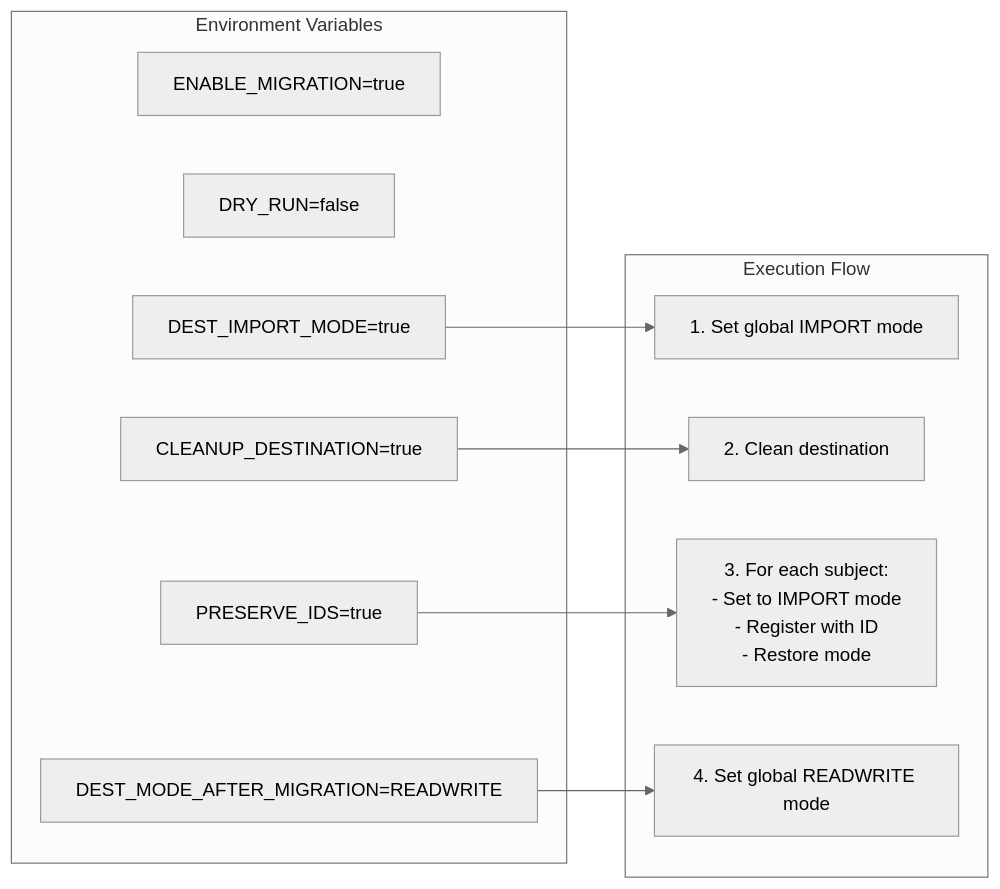
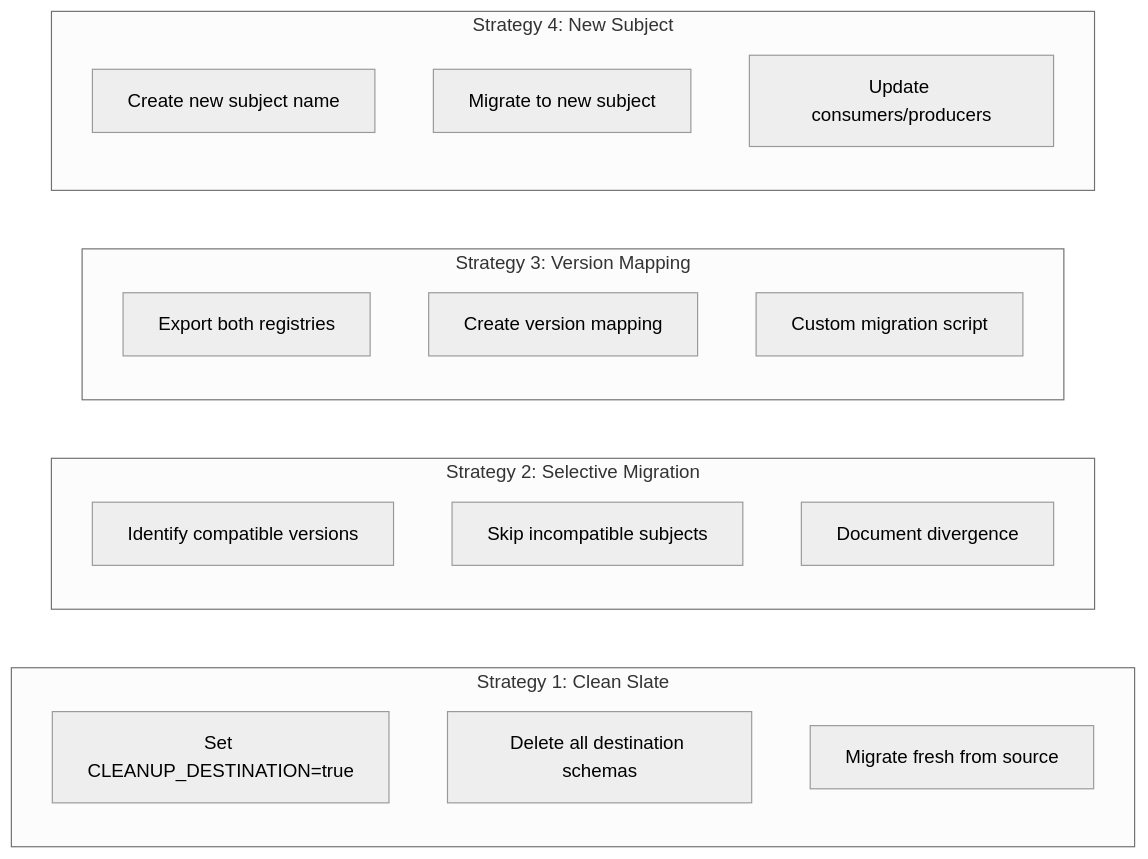
Diagram 13 of 14 in migration-flow.md (aywengo/kafka-schema-reg-migrator), drawn with Mermaid (neutral theme) before and after one commit. The commit also changed other lines of this file, not shown here.

First line of the commit message:
Revise migration flow documentation to enhance clarity and detail

````diff
--- a/migration-flow.md
+++ b/migration-flow.md
@@ -213,23 +516,26 @@
 ```mermaid
-flowchart LR
-    subgraph "Environment Variables"
-        ENV1[ENABLE_MIGRATION=true]
-        ENV2[DRY_RUN=false]
-        ENV3[DEST_IMPORT_MODE=true]
-        ENV4[PRESERVE_IDS=true]
-        ENV5[CLEANUP_DESTINATION=true]
-        ENV6[DEST_MODE_AFTER_MIGRATION=READWRITE]
+graph LR
+    subgraph "Strategy 1: Clean Slate"
+        C1[Set CLEANUP_DESTINATION=true]
+        C2[Delete all destination schemas]
+        C3[Migrate fresh from source]
     end
     
-    subgraph "Execution Flow"
-        S1[1. Set global IMPORT mode]
-        S2[2. Clean destination]
-        S3[3. For each subject:<br/>- Set to IMPORT mode<br/>- Register with ID<br/>- Restore mode]
-        S4[4. Set global READWRITE mode]
+    subgraph "Strategy 2: Selective Migration"
+        S1[Identify compatible versions]
+        S2[Skip incompatible subjects]
+        S3[Document divergence]
     end
     
-    ENV3 --> S1
-    ENV5 --> S2
-    ENV4 --> S3
-    ENV6 --> S4
-``` 
+    subgraph "Strategy 3: Version Mapping"
+        V1[Export both registries]
+        V2[Create version mapping]
+        V3[Custom migration script]
+    end
+    
+    subgraph "Strategy 4: New Subject"
+        N1[Create new subject name]
+        N2[Migrate to new subject]
+        N3[Update consumers/producers]
+    end
+```
````
